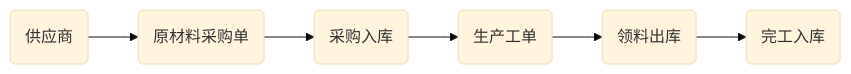
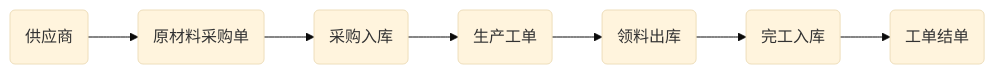
The second of 4 diagrams in 进销存版本说明.md (Sakura0213/OCQDocument), drawn with Mermaid (base theme) before and after one commit. The commit also changed other lines of this file and 1 other file, not shown here.

````diff
--- a/进销存版本说明.md
+++ b/进销存版本说明.md
@@ -32,4 +32,4 @@
 ```mermaid
 graph LR
-G(供应商)-->A(原材料采购单)-->B(采购入库)-->C(生产工单)-->D(领料出库)-->E(完工入库)
+G(供应商)-->A(原材料采购单)-->B(采购入库)-->C(生产工单)-->D(领料出库)-->E(完工入库)-->K(工单结单)
 ```
````
